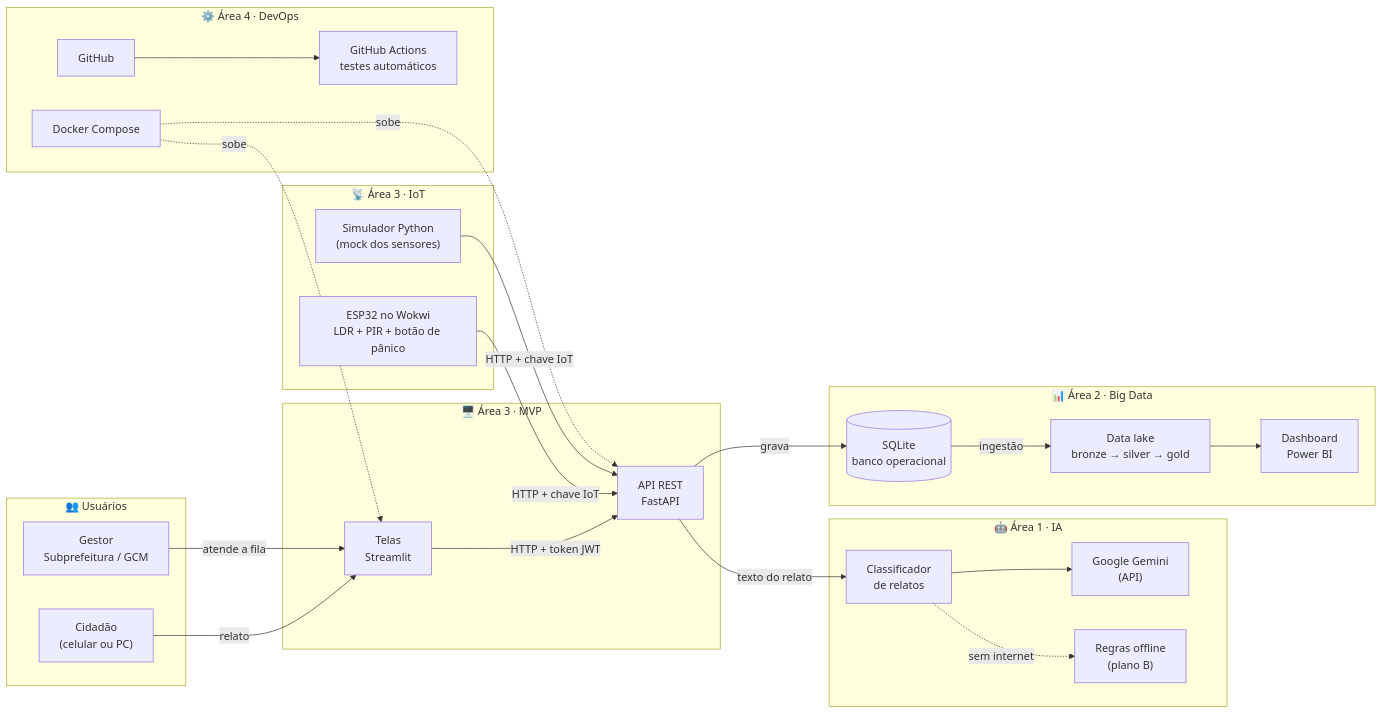
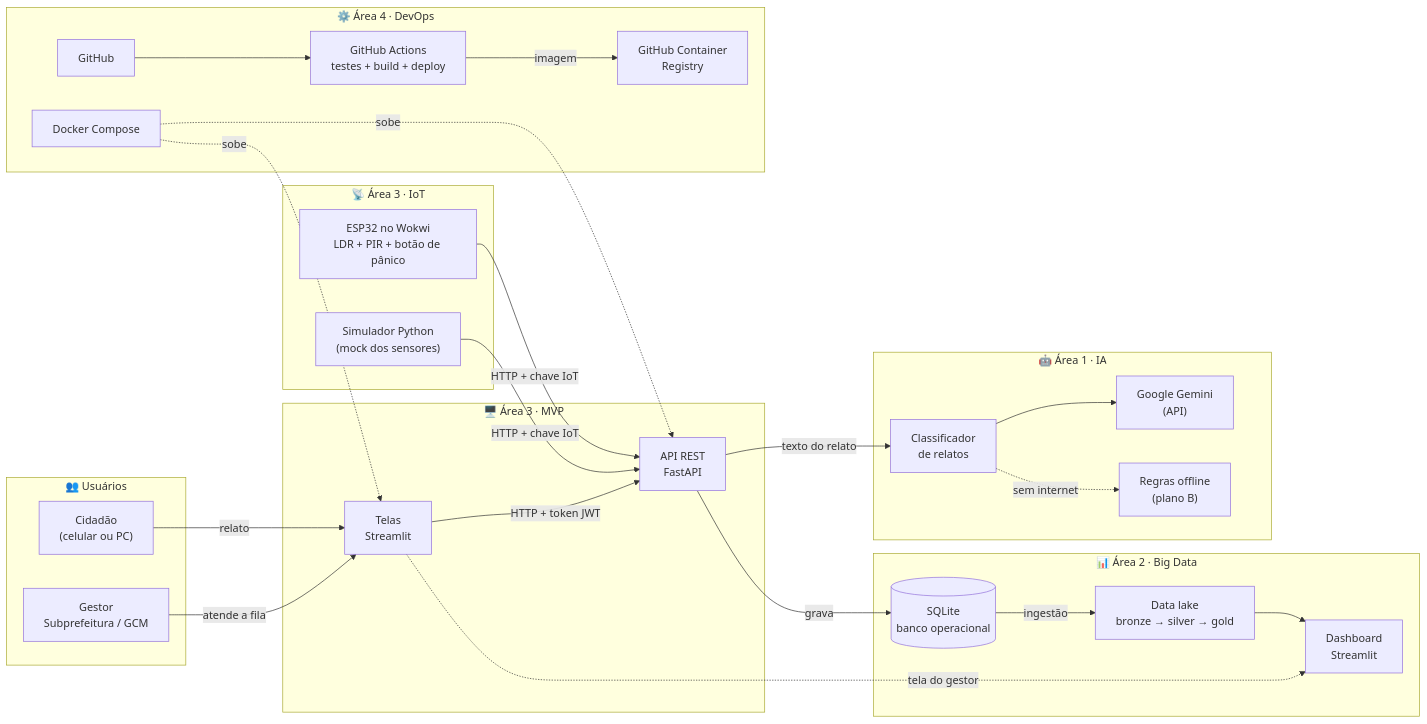
The diagram in docs/arquitetura.md (nathymonte/idea-seeders-vigia), drawn with Mermaid before and after one commit. The commit also changed other lines of this file and 33 other files, not shown here.

````diff
--- a/docs/arquitetura.md
+++ b/docs/arquitetura.md
@@ -6,50 +6,53 @@
 ```mermaid
 flowchart LR
     subgraph USUARIOS["👥 Usuários"]
         CID["Cidadão<br/>(celular ou PC)"]
         GES["Gestor<br/>Subprefeitura / GCM"]
     end
 
     subgraph IOT["📡 Área 3 · IoT"]
         ESP["ESP32 no Wokwi<br/>LDR + PIR + botão de pânico"]
         SIM["Simulador Python<br/>(mock dos sensores)"]
     end
 
     subgraph MVP["🖥️ Área 3 · MVP"]
         WEB["Telas<br/>Streamlit"]
         API["API REST<br/>FastAPI"]
     end
 
     subgraph IA["🤖 Área 1 · IA"]
         CLS["Classificador<br/>de relatos"]
         GEM["Google Gemini<br/>(API)"]
         REG["Regras offline<br/>(plano B)"]
     end
 
     subgraph DADOS["📊 Área 2 · Big Data"]
         DB[("SQLite<br/>banco operacional")]
         LAKE["Data lake<br/>bronze → silver → gold"]
-        BI["Dashboard<br/>Power BI"]
+        BI["Dashboard<br/>Streamlit"]
     end
 
     subgraph DEVOPS["⚙️ Área 4 · DevOps"]
         GIT["GitHub"]
-        CI["GitHub Actions<br/>testes automáticos"]
+        CI["GitHub Actions<br/>testes + build + deploy"]
+        REG2["GitHub Container<br/>Registry"]
         DOCK["Docker Compose"]
     end
 
     CID -- relato --> WEB
     GES -- atende a fila --> WEB
     WEB -- HTTP + token JWT --> API
     ESP -- "HTTP + chave IoT" --> API
     SIM -- "HTTP + chave IoT" --> API
     API -- texto do relato --> CLS
     CLS --> GEM
     CLS -. sem internet .-> REG
     API -- grava --> DB
     DB -- ingestão --> LAKE
     LAKE --> BI
+    WEB -. tela do gestor .-> BI
     GIT --> CI
+    CI -- imagem --> REG2
     DOCK -. sobe .-> API
     DOCK -. sobe .-> WEB
 ```
````
